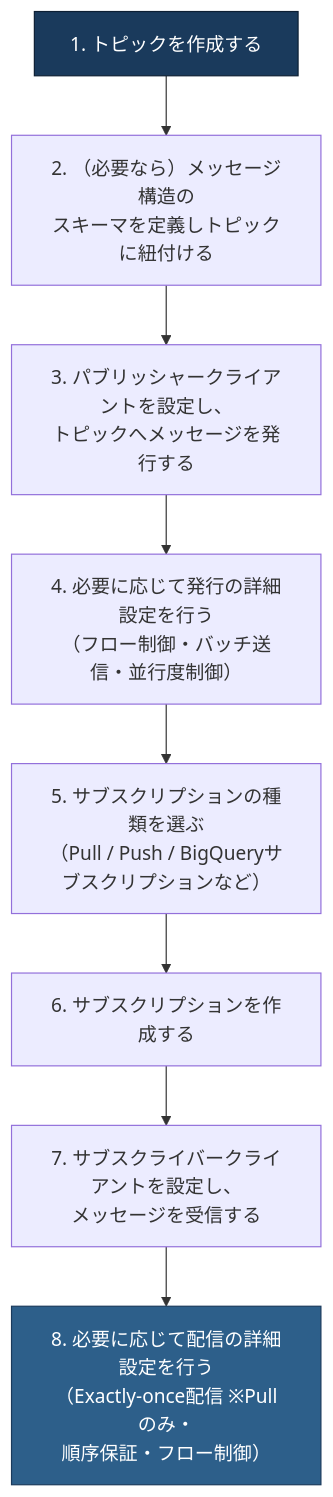
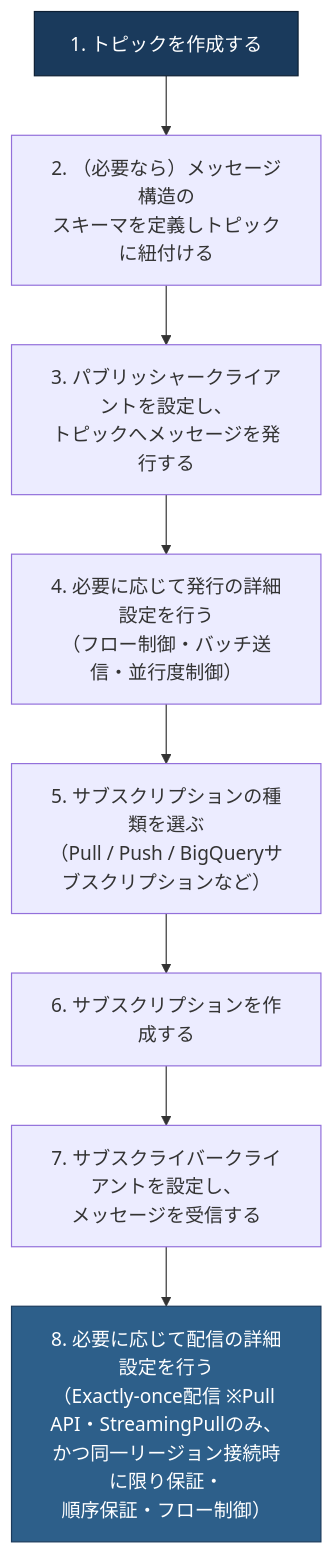
One commit to myoshi2891/Cloud-Infrastructure-Studies changed the fifth of 15 diagrams in Gcp-professional-cloud-developer-section4.md. Above: the diagram before and after it, drawn with Mermaid. The commit also changed other lines of this file and 1 other file, not shown here.

````diff
--- a/Gcp-professional-cloud-developer-section4.md
+++ b/Gcp-professional-cloud-developer-section4.md
@@ -240,13 +240,13 @@
 ```mermaid
 flowchart TD
     A["1. トピックを作成する"] --> B["2. （必要なら）メッセージ構造の<br/>スキーマを定義しトピックに紐付ける"]
     B --> C["3. パブリッシャークライアントを設定し、<br/>トピックへメッセージを発行する"]
     C --> D["4. 必要に応じて発行の詳細設定を行う<br/>（フロー制御・バッチ送信・並行度制御）"]
     D --> E["5. サブスクリプションの種類を選ぶ<br/>（Pull / Push / BigQueryサブスクリプションなど）"]
     E --> F["6. サブスクリプションを作成する"]
     F --> G["7. サブスクライバークライアントを設定し、<br/>メッセージを受信する"]
-    G --> H["8. 必要に応じて配信の詳細設定を行う<br/>（Exactly-once配信 ※Pullのみ・<br/>順序保証・フロー制御）"]
+    G --> H["8. 必要に応じて配信の詳細設定を行う<br/>（Exactly-once配信 ※Pull API・StreamingPullのみ、<br/>かつ同一リージョン接続時に限り保証・<br/>順序保証・フロー制御）"]
 
     style A fill:#1a3a5c,stroke:#0d1f33,color:#ffffff
     style H fill:#2d5f8a,stroke:#1a3a5c,color:#ffffff
 ```
````
